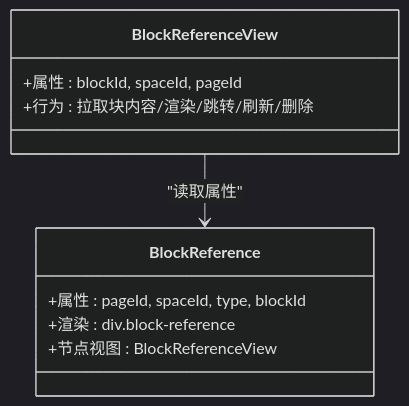
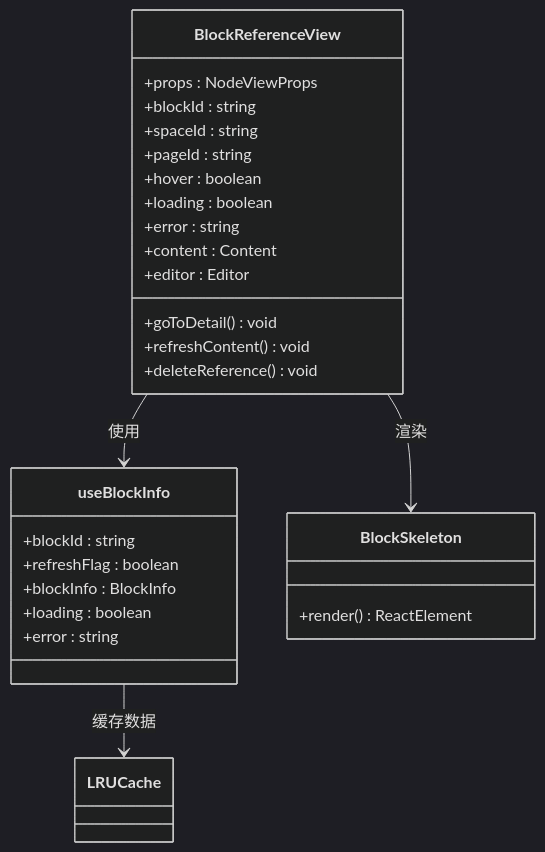
One commit to LRF0422/Kotion changed the fourth of 8 diagrams in .qoder/repowiki/zh/content/功能模块/块引用插件.md. Above: the diagram before and after it, drawn with Mermaid (dark theme). The commit also changed other lines of this file and 75 other files, not shown here.

````diff
--- a/.qoder/repowiki/zh/content/功能模块/块引用插件.md
+++ b/.qoder/repowiki/zh/content/功能模块/块引用插件.md
@@ -176,13 +196,30 @@
 ```mermaid
 classDiagram
-class BlockReference {
-+属性 : pageId, spaceId, type, blockId
-+渲染 : div.block-reference
-+节点视图 : BlockReferenceView
+class BlockReferenceView {
++props : NodeViewProps
++blockId : string
++spaceId : string
++pageId : string
++hover : boolean
++loading : boolean
++error : string
++content : Content
++editor : Editor
++goToDetail() void
++refreshContent() void
++deleteReference() void
 }
-class BlockReferenceView {
-+属性 : blockId, spaceId, pageId
-+行为 : 拉取块内容/渲染/跳转/刷新/删除
+class useBlockInfo {
++blockId : string
++refreshFlag : boolean
++blockInfo : BlockInfo
++loading : boolean
++error : string
 }
-BlockReferenceView --> BlockReference : "读取属性"
+class BlockSkeleton {
++render() ReactElement
+}
+BlockReferenceView --> useBlockInfo : 使用
+BlockReferenceView --> BlockSkeleton : 渲染
+useBlockInfo --> LRUCache : 缓存数据
 ```
````
